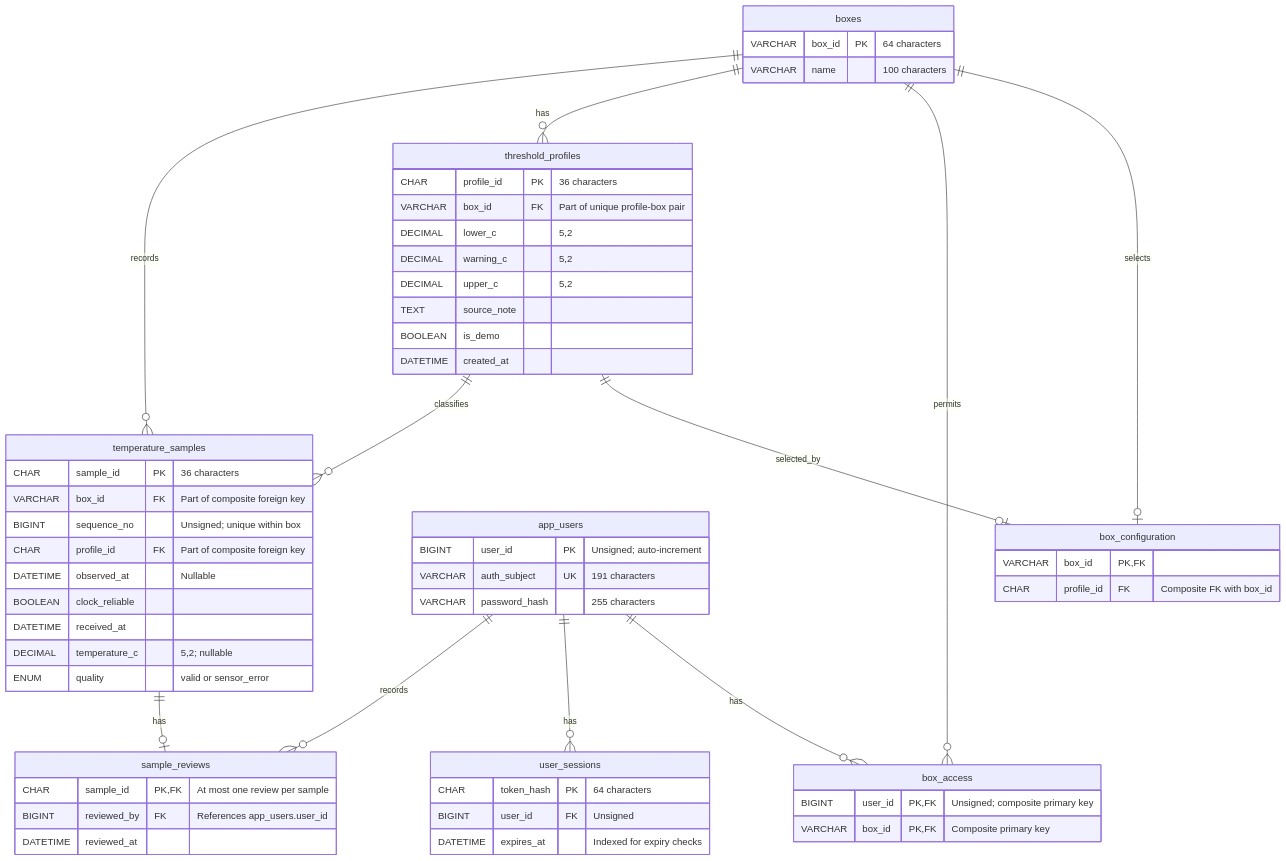
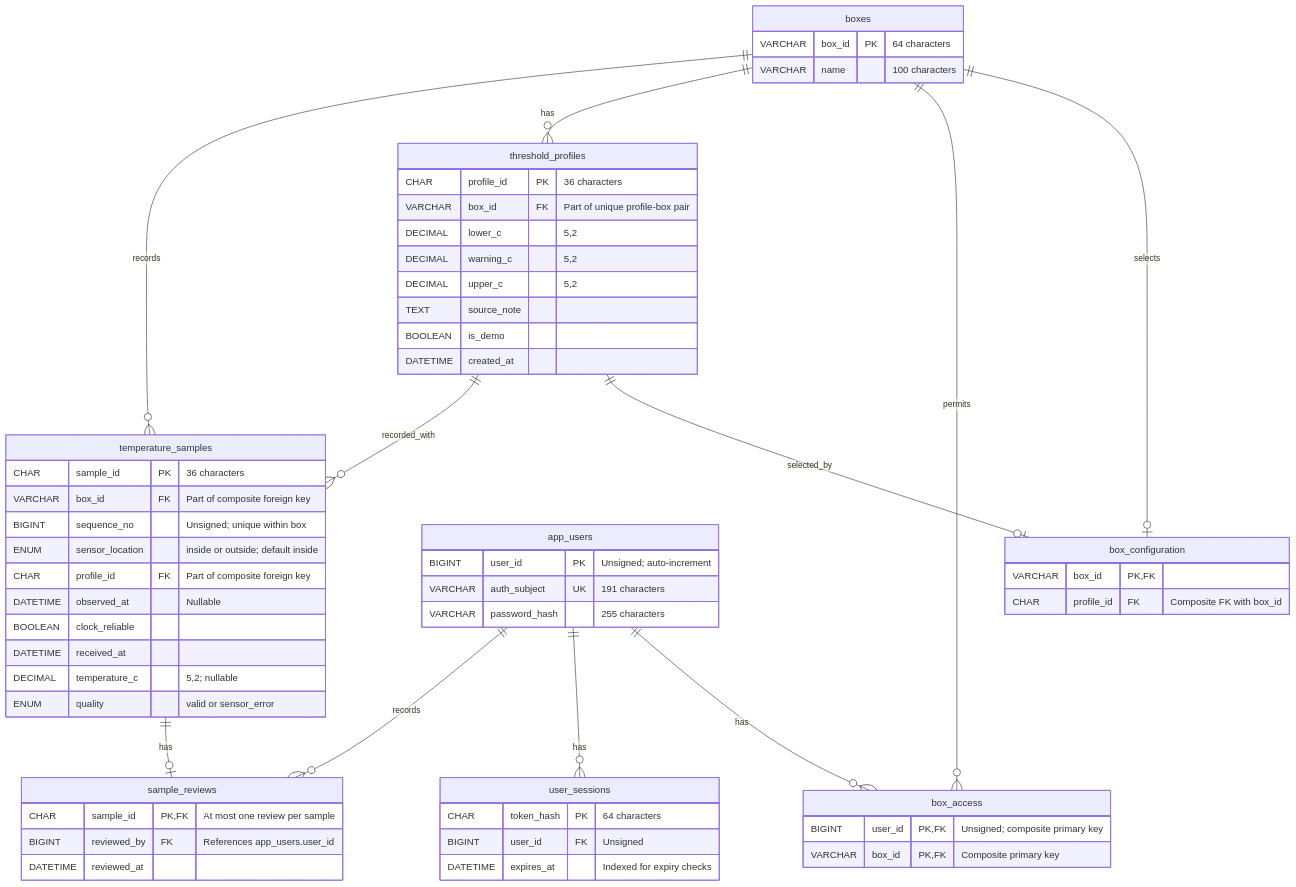
Before and after one commit to nikitsya/TempSafe: the diagram in docs/design/database-erd.md, drawn with Mermaid. The commit also changed other lines of this file and 5 other files, not shown here.

First line of the commit message:
Document dual-sensor schema and handover

````diff
--- a/docs/design/database-erd.md
+++ b/docs/design/database-erd.md
@@ -9,62 +9,63 @@
 ```mermaid
 erDiagram
     boxes ||--o| box_configuration: selects
     threshold_profiles ||--o| box_configuration: selected_by
     app_users ||--o{ box_access: has
     app_users ||--o{ user_sessions: has
     boxes ||--o{ box_access: permits
     boxes ||--o{ threshold_profiles: has
     boxes ||--o{ temperature_samples: records
-    threshold_profiles ||--o{ temperature_samples: classifies
+    threshold_profiles ||--o{ temperature_samples: recorded_with
     temperature_samples ||--o| sample_reviews: has
     app_users ||--o{ sample_reviews: records
 
     box_configuration {
         VARCHAR box_id PK, FK
         CHAR profile_id FK "Composite FK with box_id"
     }
     app_users {
         BIGINT user_id PK "Unsigned; auto-increment"
         VARCHAR auth_subject UK "191 characters"
         VARCHAR password_hash "255 characters"
     }
     user_sessions {
         CHAR token_hash PK "64 characters"
         BIGINT user_id FK "Unsigned"
         DATETIME expires_at "Indexed for expiry checks"
     }
     boxes {
         VARCHAR box_id PK "64 characters"
         VARCHAR name "100 characters"
     }
     box_access {
         BIGINT user_id PK, FK "Unsigned; composite primary key"
         VARCHAR box_id PK, FK "Composite primary key"
     }
     threshold_profiles {
         CHAR profile_id PK "36 characters"
         VARCHAR box_id FK "Part of unique profile-box pair"
         DECIMAL lower_c "5,2"
         DECIMAL warning_c "5,2"
         DECIMAL upper_c "5,2"
         TEXT source_note
         BOOLEAN is_demo
         DATETIME created_at
     }
     temperature_samples {
         CHAR sample_id PK "36 characters"
         VARCHAR box_id FK "Part of composite foreign key"
         BIGINT sequence_no "Unsigned; unique within box"
+        ENUM sensor_location "inside or outside; default inside"
         CHAR profile_id FK "Part of composite foreign key"
         DATETIME observed_at "Nullable"
         BOOLEAN clock_reliable
         DATETIME received_at
         DECIMAL temperature_c "5,2; nullable"
         ENUM quality "valid or sensor_error"
     }
     sample_reviews {
         CHAR sample_id PK, FK "At most one review per sample"
         BIGINT reviewed_by FK "References app_users.user_id"
         DATETIME reviewed_at
     }
 ```
````
